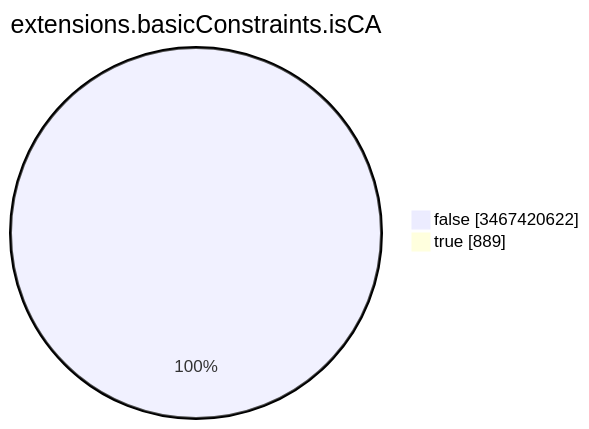
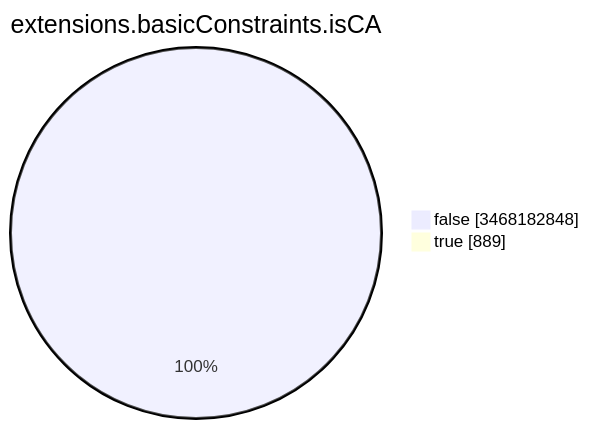
The seventh of 15 diagrams in TOTAL/README.md (christiankrug/ctmonitor_visualization), drawn with Mermaid before and after one commit. The commit also changed other lines of this file, not shown here.

````diff
--- a/TOTAL/README.md
+++ b/TOTAL/README.md
@@ -3093,6 +3093,6 @@
 ```mermaid
 pie showData
 title extensions.basicConstraints.isCA
-"false" :3467420622
+"false" :3468182848
 "true" :889
 ```
````
